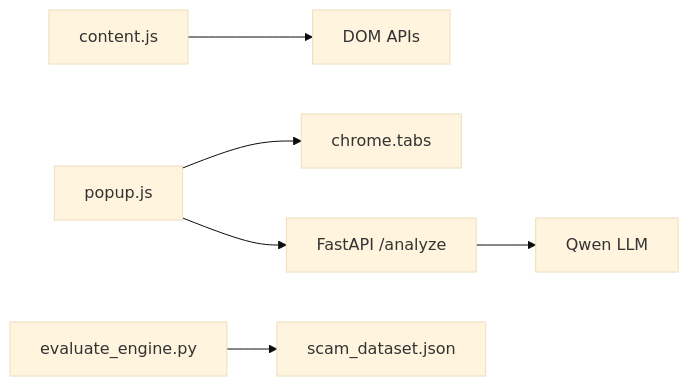
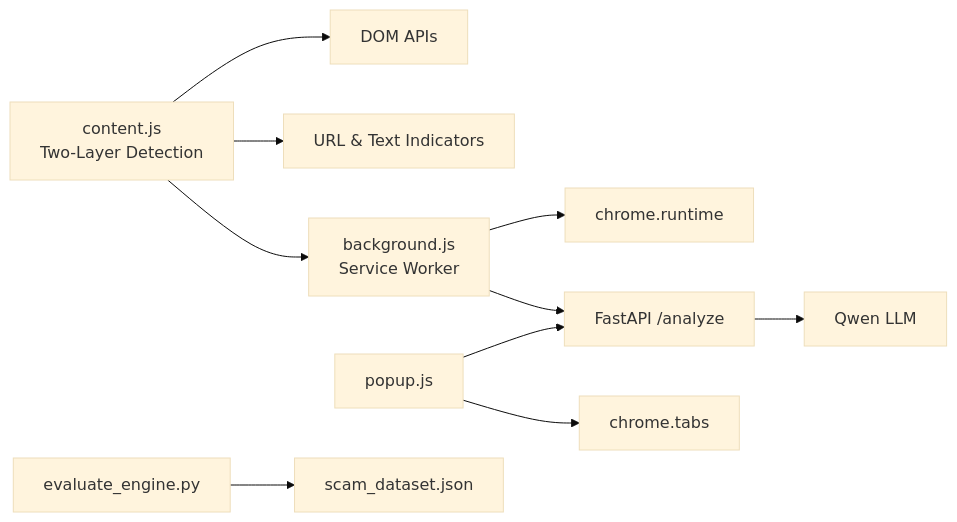
Before and after one commit to Aymanaahh/scrollguard-ai: the seventh of 7 diagrams in .qoder/repowiki/en/content/Chrome Extension Development.md, drawn with Mermaid (base theme). The commit also changed other lines of this file and 38 other files, not shown here.

Commit message:
Added hybrid backend with heuristics + evaluation script

````diff
--- a/.qoder/repowiki/en/content/Chrome Extension Development.md
+++ b/.qoder/repowiki/en/content/Chrome Extension Development.md
@@ -259,8 +337,12 @@
 ```mermaid
 graph LR
-ContentScript["content.js"] --> BrowserDOM["DOM APIs"]
+ContentScript["content.js<br/>Two-Layer Detection"] --> BrowserDOM["DOM APIs"]
+ContentScript --> IndicatorDB["URL & Text Indicators"]
+ContentScript --> Background["background.js<br/>Service Worker"]
+Background --> ChromeRuntime["chrome.runtime"]
+Background --> Backend["FastAPI /analyze"]
 Popup["popup.js"] --> ChromeTabs["chrome.tabs"]
-Popup --> Backend["FastAPI /analyze"]
+Popup --> Backend
 Backend --> LLM["Qwen LLM"]
 Eval["evaluate_engine.py"] --> Dataset["scam_dataset.json"]
 ```
````
